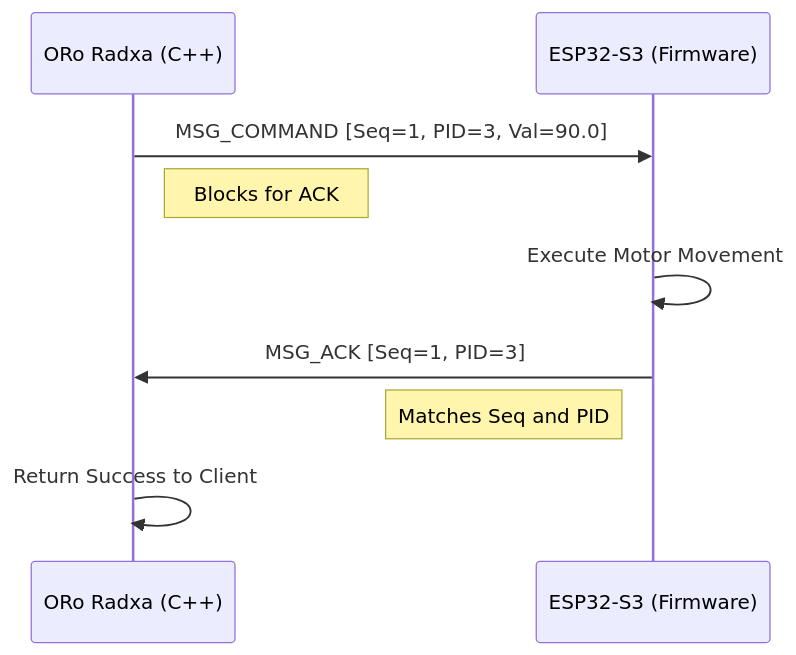
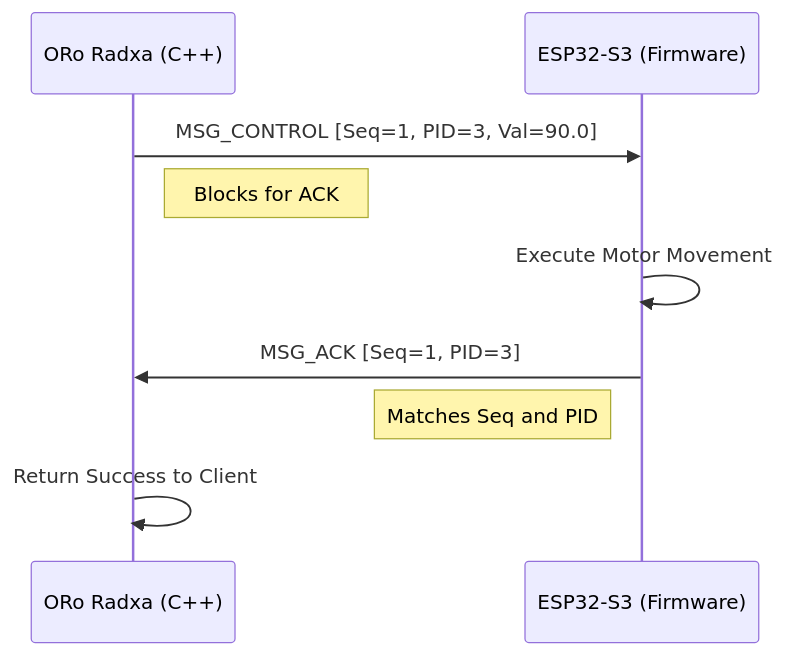
One commit to arnab-ogmen/oro_base_hardware_layer changed the second of 2 diagrams in docs/protocol_specification.md. Above: the diagram before and after it, drawn with Mermaid. The commit also changed other lines of this file and 9 other files, not shown here.

````diff
--- a/docs/protocol_specification.md
+++ b/docs/protocol_specification.md
@@ -106,12 +106,12 @@
 ```mermaid
 sequenceDiagram
     participant Host as ORo Radxa (C++)
     participant MCU as ESP32-S3 (Firmware)
 
-    Host->>MCU: MSG_COMMAND [Seq=1, PID=3, Val=90.0]
+    Host->>MCU: MSG_CONTROL [Seq=1, PID=3, Val=90.0]
     Note right of Host: Blocks for ACK
     MCU->>MCU: Execute Motor Movement
     MCU->>Host: MSG_ACK [Seq=1, PID=3]
     Note left of MCU: Matches Seq and PID
     Host->>Host: Return Success to Client
 ```
````
